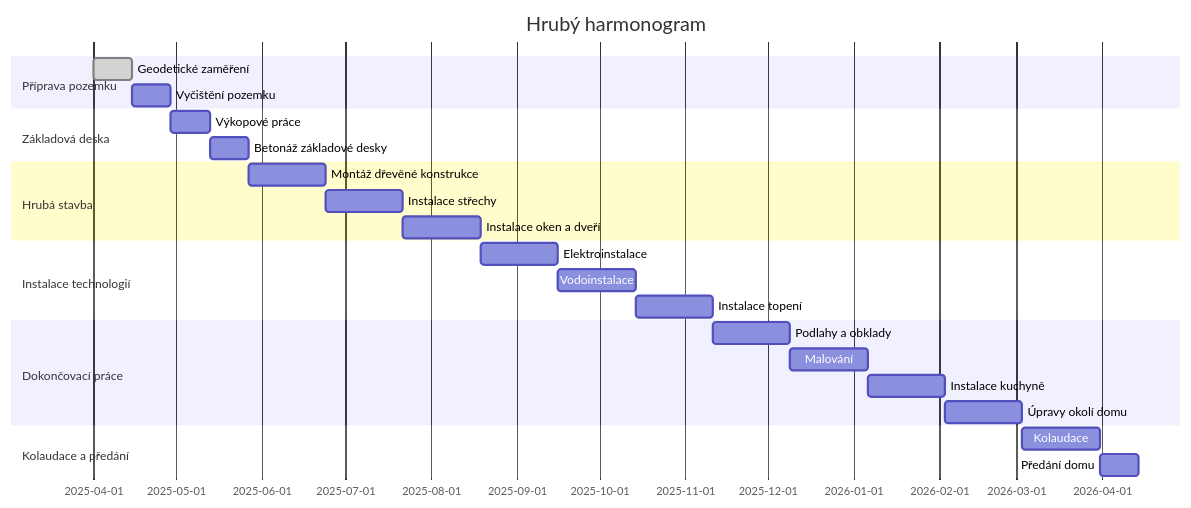
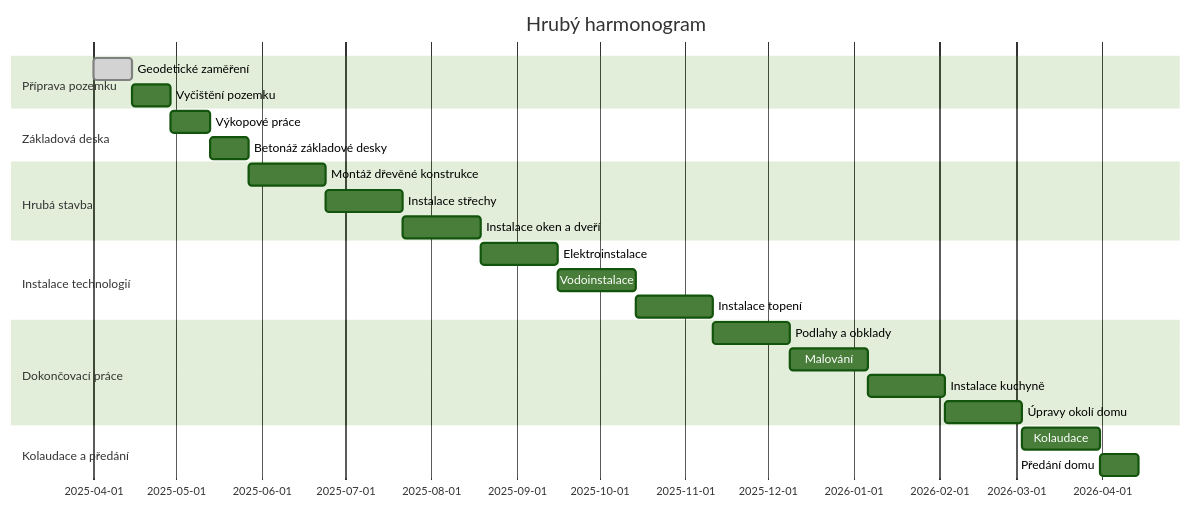
The first of 2 diagrams in Harmonogram.md (mtrakal/smrci), drawn with Mermaid before and after one commit. The commit also changed other lines of this file, not shown here.

````diff
--- a/Harmonogram.md
+++ b/Harmonogram.md
@@ -3,28 +3,29 @@
 ```mermaid
+%%{init: {'theme':'forest'}}%%
 gantt
     title Hrubý harmonogram
-    dateFormat  YYYY-MM-DD
+    dateFormat YYYY-MM-DD
     section Příprava pozemku
-        Geodetické zaměření     :done,    des1, 2025-04-01, 14d
-        Vyčištění pozemku       :         des2, after des1, 14d
+        Geodetické zaměření: done, des1, 2025-04-01, 14d
+        Vyčištění pozemku: des2, after des1, 14d
     section Základová deska
-        Výkopové práce          :         des3, after des2, 14d
-        Betonáž základové desky :         des4, after des3, 14d
+        Výkopové práce: des3, after des2, 14d
+        Betonáž základové desky: des4, after des3, 14d
     section Hrubá stavba
-        Montáž dřevěné konstrukce:        des5, after des4, 28d
-        Instalace střechy       :         des6, after des5, 28d
-        Instalace oken a dveří  :         des7, after des6, 28d
+        Montáž dřevěné konstrukce: des5, after des4, 28d
+        Instalace střechy: des6, after des5, 28d
+        Instalace oken a dveří: des7, after des6, 28d
     section Instalace technologií
-        Elektroinstalace        :         des8, after des7, 28d
-        Vodoinstalace           :         des9, after des8, 28d
-        Instalace topení        :         des10, after des9, 28d
+        Elektroinstalace: des8, after des7, 28d
+        Vodoinstalace: des9, after des8, 28d
+        Instalace topení: des10, after des9, 28d
     section Dokončovací práce
-        Podlahy a obklady       :         des11, after des10, 28d
-        Malování                :         des12, after des11, 28d
-        Instalace kuchyně       :         des13, after des12, 28d
-        Úpravy okolí domu       :         des14, after des13, 28d
+        Podlahy a obklady: des11, after des10, 28d
+        Malování: des12, after des11, 28d
+        Instalace kuchyně: des13, after des12, 28d
+        Úpravy okolí domu: des14, after des13, 28d
     section Kolaudace a předání
-        Kolaudace               :         des15, after des14, 28d
-        Předání domu            :         des16, after des15, 14d
+        Kolaudace: des15, after des14, 28d
+        Předání domu: des16, after des15, 14d
 
 ```
````
